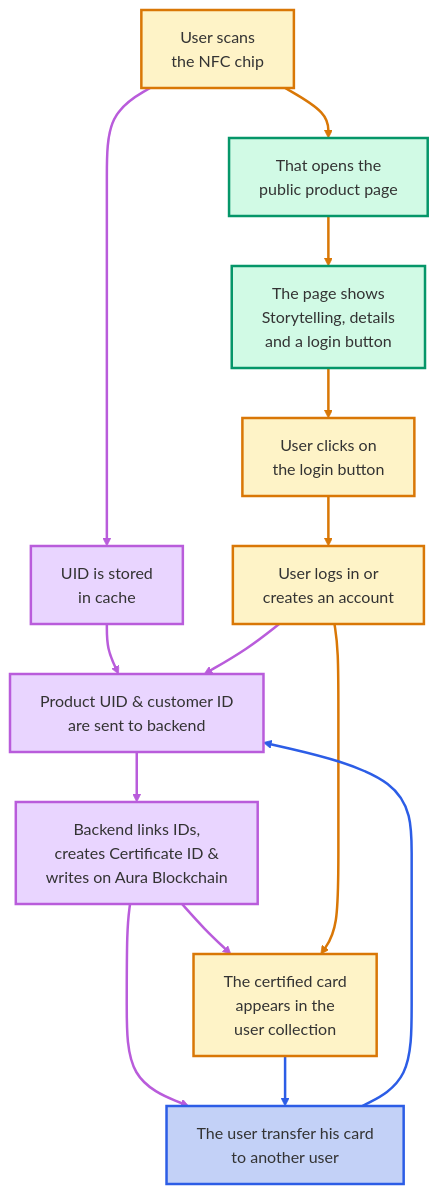
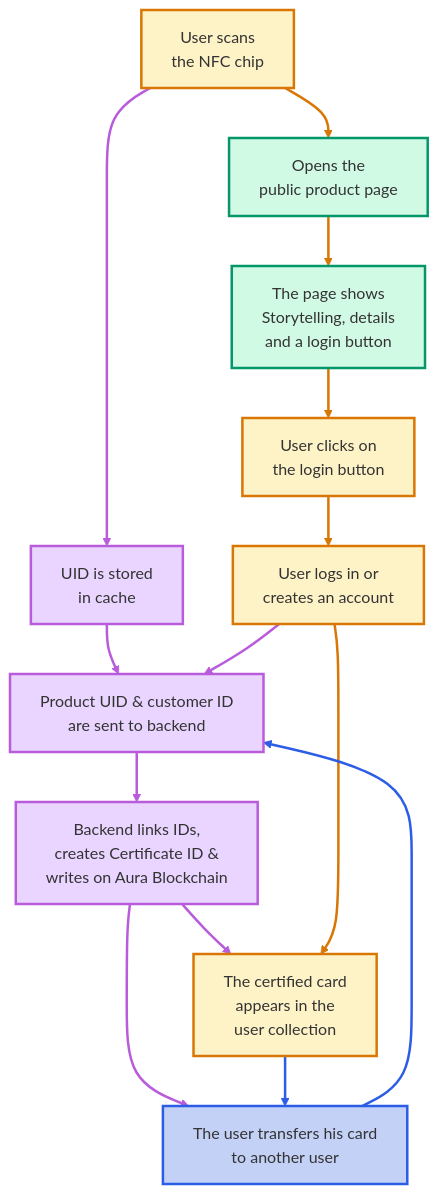
The diagram in README.md (Vincent-20-100/LVMH_Hackathon), drawn with Mermaid (base theme) before and after one commit. The commit also changed other lines of this file and 1 other file, not shown here.

````diff
--- a/README.md
+++ b/README.md
@@ -37,34 +36,34 @@
 ```mermaid
 graph TD
-    A[User scans<br>the NFC chip] --> B[That opens the<br>public product page] 
+    A[User scans<br>the NFC chip] --> B[Opens the<br>public product page] 
     B --> C["The page shows<br>Storytelling, details<br>and a login button"]
     C --> D["User clicks on<br>the login button"]
     D --> E["User logs in or<br>creates an account"]
     A --> I[UID is stored<br>in cache]
     I --> F
     E --> F["Product UID & customer ID<br>are sent to backend"]
     F --> G[Backend links IDs,<br>creates Certificate ID &<br>writes on Aura Blockchain]
     G --> H[The certified card<br>appears in the<br>user collection]
     G --> J
     E --> H
     J --> F
-    H --> J[The user transfer his card<br>to another user]
+    H --> J[The user transfers his card<br>to another user]
 
     %% ──────────────────────────────────────────────
     %% Styles
     classDef public    fill:#d1fae5,stroke:#059669,stroke-width:2.5px
     classDef user      fill:#fef3c7,stroke:#d97706,stroke-width:2.5px
     classDef backend   fill:#e9d5ff,stroke:#b95cdb,stroke-width:2.5px
     classDef newuser   fill:#c3d1f7,stroke:#2c5de6,stroke-width:2.5px
 
     class B,C public
     class A,D,E,H user
     class F,G,I backend
     class J newuser
 
     %% ──────────────────────────────────────────────
     %% user flow = orange     /     backend flow = violet
     linkStyle 0,1,2,3,10 stroke:#d97706,stroke-width:2.5px
     linkStyle 4,5,6,7,8,9   stroke:#b95cdb,stroke-width:2.5px
     linkStyle 11,12        stroke:#2c5de6,stroke-width:2.5px
 ```
````
